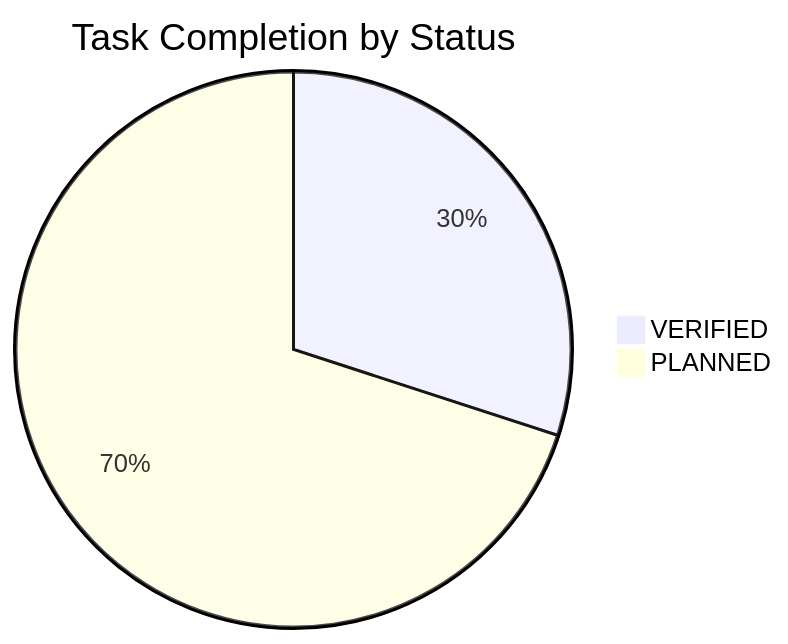
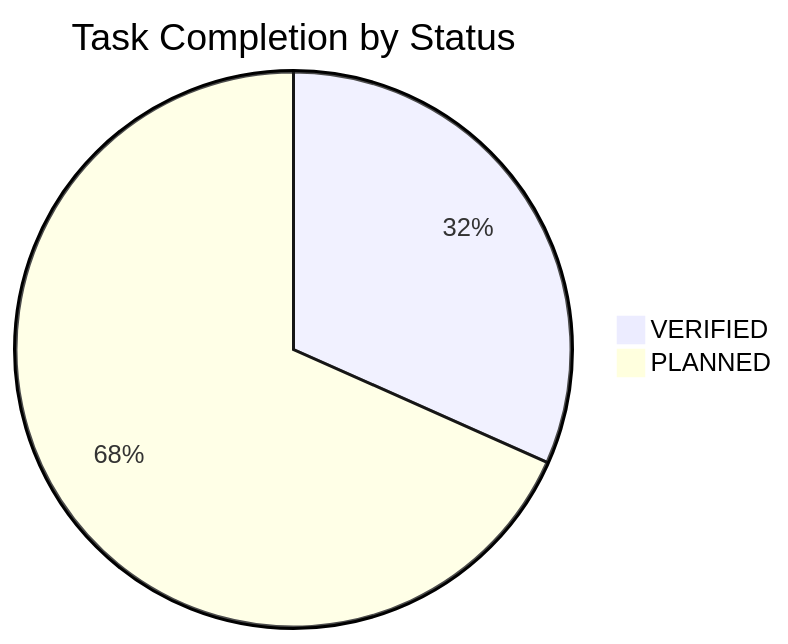
The diagram in docs/TASK_BOARD.md (NguyenTriBaoThang/ClearWayAI), drawn with Mermaid before and after one commit. The commit also changed other lines of this file and 6 other files, not shown here.

````diff
--- a/docs/TASK_BOARD.md
+++ b/docs/TASK_BOARD.md
@@ -16,5 +16,5 @@
 ```mermaid
 pie title Task Completion by Status
-    "VERIFIED" : 18
-    "PLANNED" : 42
+    "VERIFIED" : 19
+    "PLANNED" : 41
 ```
````
